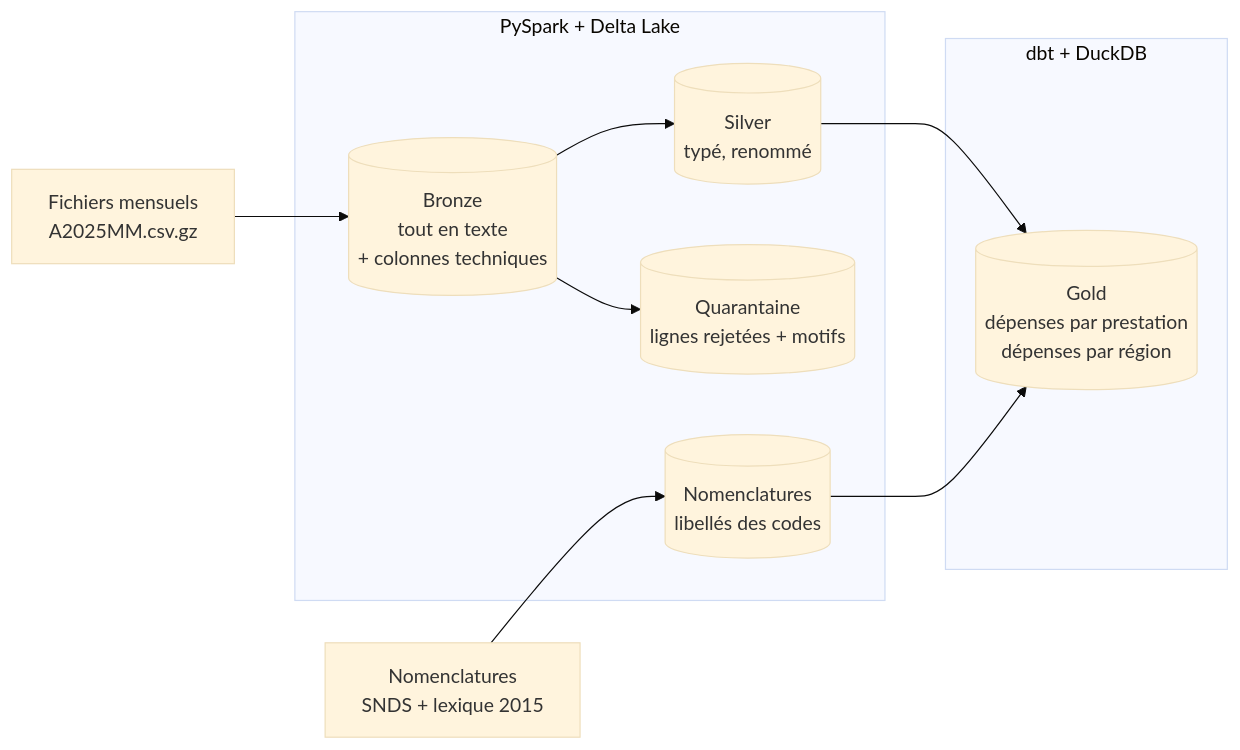
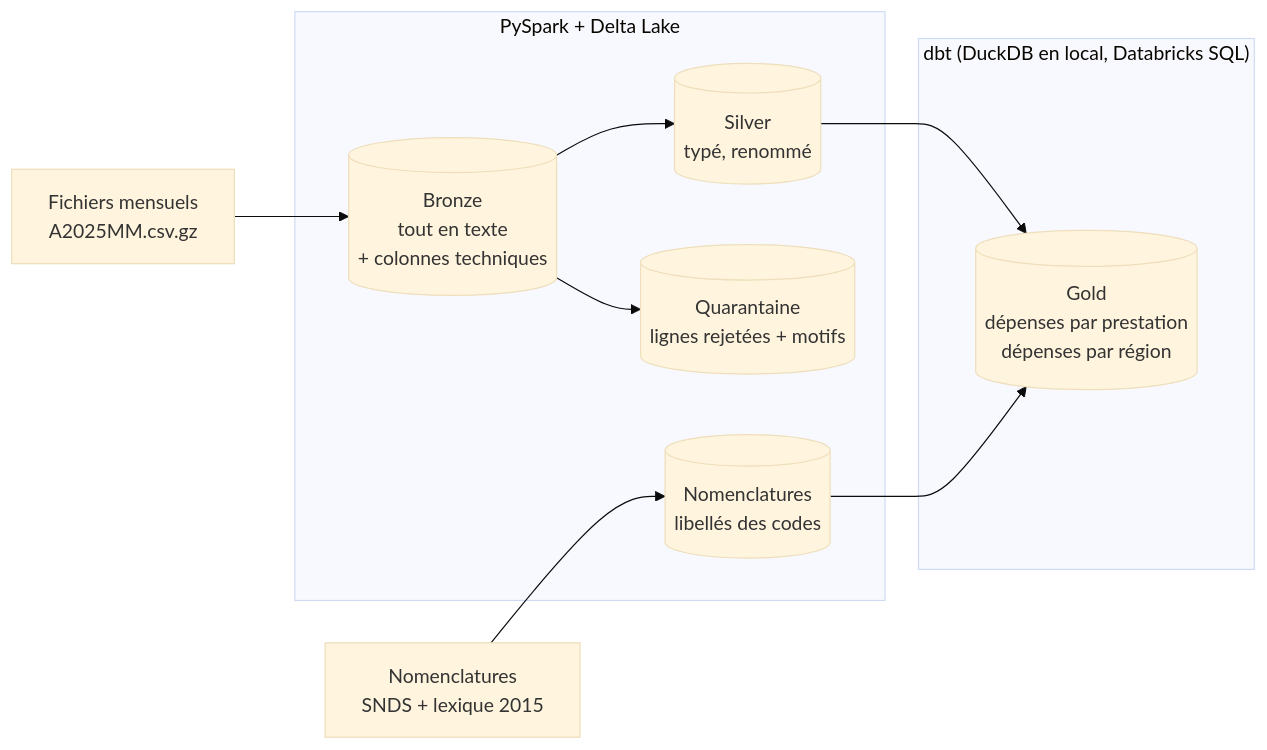
Before and after one commit to TLxFroSt/open-damir-lakehouse: the diagram in README.md, drawn with Mermaid (base theme). The commit also changed other lines of this file and 3 other files, not shown here.

````diff
--- a/README.md
+++ b/README.md
@@ -26,22 +29,22 @@
 ```mermaid
 flowchart LR
     raw["Fichiers mensuels<br/>A2025MM.csv.gz"]
     ref["Nomenclatures<br/>SNDS + lexique 2015"]
 
     subgraph spark["PySpark + Delta Lake"]
         bronze[("Bronze<br/>tout en texte<br/>+ colonnes techniques")]
         silver[("Silver<br/>typé, renommé")]
         quarantine[("Quarantaine<br/>lignes rejetées + motifs")]
         nomenclatures[("Nomenclatures<br/>libellés des codes")]
     end
 
-    subgraph dbt["dbt + DuckDB"]
+    subgraph dbt["dbt (DuckDB en local, Databricks SQL)"]
         gold[("Gold<br/>dépenses par prestation<br/>dépenses par région")]
     end
 
     raw --> bronze --> silver
     bronze --> quarantine
     ref --> nomenclatures
     silver --> gold
     nomenclatures --> gold
 ```
````
